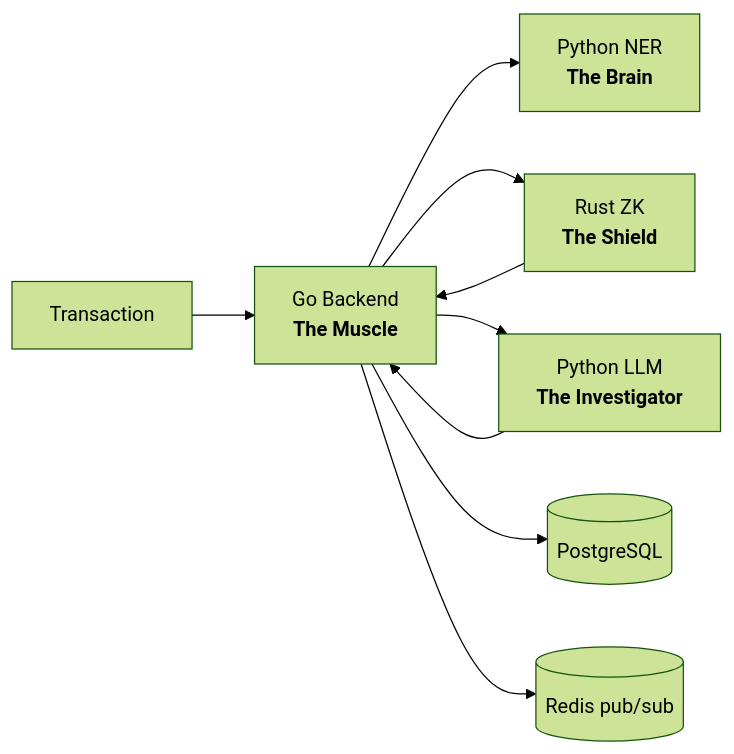
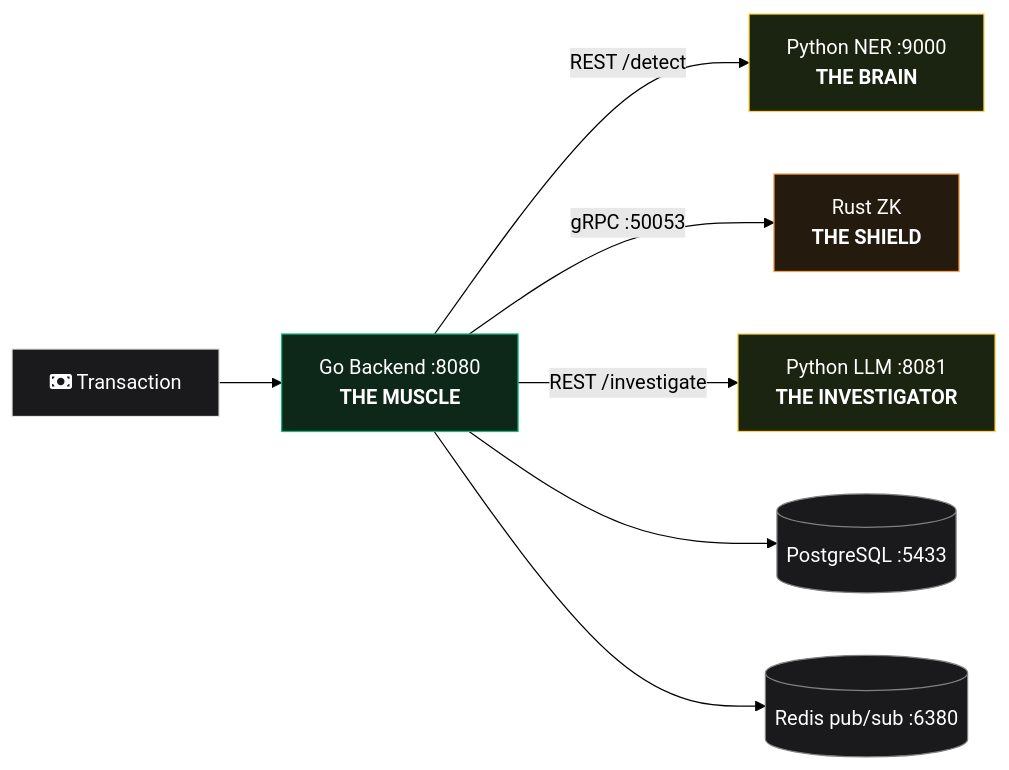
The first of 2 diagrams in slides.md (nutcas3/aml-open-source), drawn with Mermaid (forest theme) before and after one commit. The commit also changed other lines of this file, not shown here.

````diff
--- a/slides.md
+++ b/slides.md
@@ -61,11 +98,17 @@
 ```mermaid
 graph LR
-    TX[Transaction] --> GO["Go Backend<br/><b>The Muscle</b>"]
-    GO --> NER["Python NER<br/><b>The Brain</b>"]
-    GO --> ZK["Rust ZK<br/><b>The Shield</b>"]
-    GO --> LLM["Python LLM<br/><b>The Investigator</b>"]
-    ZK --> GO
-    LLM --> GO
-    GO --> DB[(PostgreSQL)]
-    GO --> R[(Redis pub/sub)]
+    TX["fa:fa-money-bill Transaction"] --> GO["Go Backend :8080<br/><b>THE MUSCLE</b>"]
+    GO -->|"REST /detect"| NER["Python NER :9000<br/><b>THE BRAIN</b>"]
+    GO -->|"gRPC :50053"| ZK["Rust ZK<br/><b>THE SHIELD</b>"]
+    GO -->|"REST /investigate"| LLM["Python LLM :8081<br/><b>THE INVESTIGATOR</b>"]
+    GO --> DB[("PostgreSQL :5433")]
+    GO --> R[("Redis pub/sub :6380")]
+
+    style GO fill:#0d2818,stroke:#10b981,color:#fff
+    style NER fill:#1a2410,stroke:#ffd43b,color:#fff
+    style ZK fill:#241a0d,stroke:#ff9f43,color:#fff
+    style LLM fill:#1a2410,stroke:#ffd43b,color:#fff
+    style DB fill:#1a1a1c,stroke:#808080,color:#fff
+    style R fill:#1a1a1c,stroke:#808080,color:#fff
+    style TX fill:#1a1a1c,stroke:#e5e5e5,color:#fff
 ```
````
